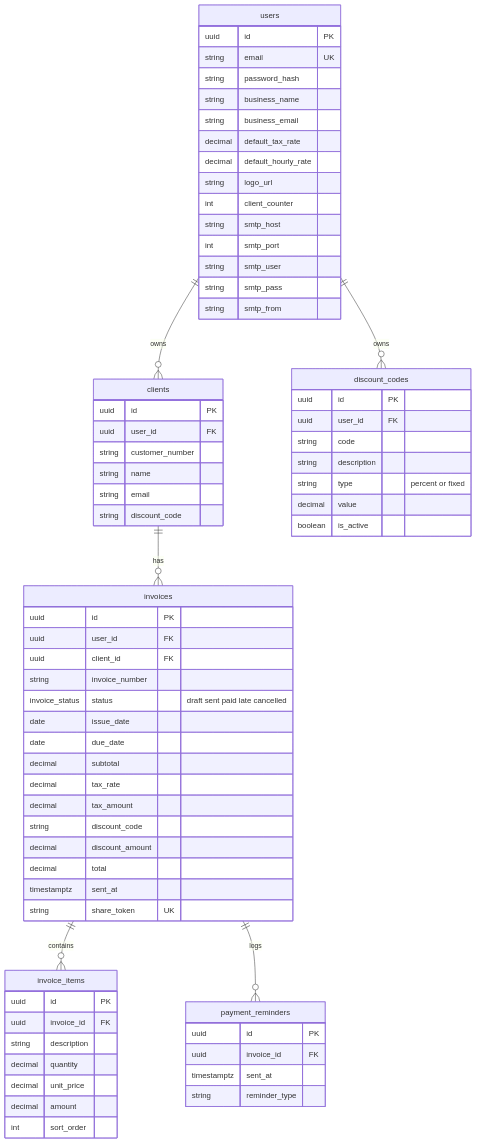
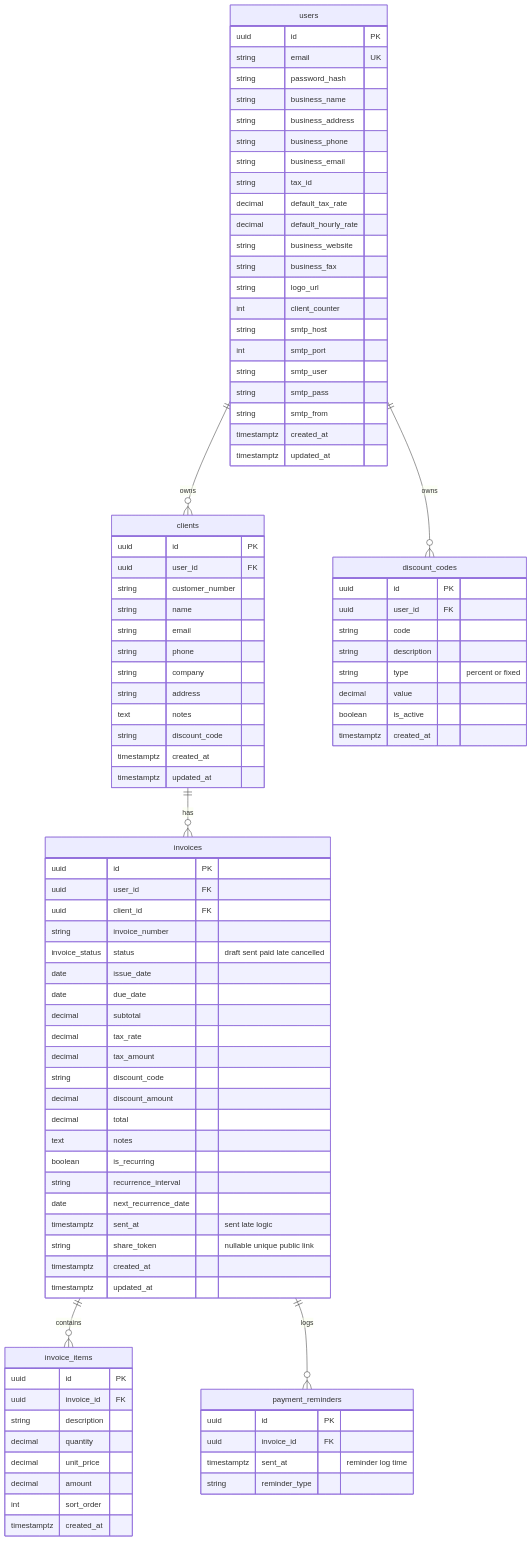
One commit to becomeonewiththecode/invoicing changed the diagram in docs/database/diagram.md. Above: the diagram before and after it, drawn with Mermaid. The commit also changed other lines of this file and 19 other files, not shown here.

First line of the commit message:
feat(layout): sign out in header; schema/docs/deployment updates

````diff
--- a/docs/database/diagram.md
+++ b/docs/database/diagram.md
@@ -13,9 +13,14 @@
     string email UK
     string password_hash
     string business_name
+    string business_address
+    string business_phone
     string business_email
+    string tax_id
     decimal default_tax_rate
     decimal default_hourly_rate
+    string business_website
+    string business_fax
     string logo_url
     int client_counter
     string smtp_host
@@ -23,6 +28,8 @@
     string smtp_user
     string smtp_pass
     string smtp_from
+    timestamptz created_at
+    timestamptz updated_at
   }
 
   clients {
@@ -31,7 +38,13 @@
     string customer_number
     string name
     string email
+    string phone
+    string company
+    string address
+    text notes
     string discount_code
+    timestamptz created_at
+    timestamptz updated_at
   }
 
   invoices {
@@ -48,8 +61,14 @@
     string discount_code
     decimal discount_amount
     decimal total
-    timestamptz sent_at
-    string share_token UK
+    text notes
+    boolean is_recurring
+    string recurrence_interval
+    date next_recurrence_date
+    timestamptz sent_at "sent late logic"
+    string share_token "nullable unique public link"
+    timestamptz created_at
+    timestamptz updated_at
   }
 
   invoice_items {
@@ -60,6 +79,7 @@
     decimal unit_price
     decimal amount
     int sort_order
+    timestamptz created_at
   }
 
   discount_codes {
@@ -70,12 +90,13 @@
     string type "percent or fixed"
     decimal value
     boolean is_active
+    timestamptz created_at
   }
 
   payment_reminders {
     uuid id PK
     uuid invoice_id FK
-    timestamptz sent_at
+    timestamptz sent_at "reminder log time"
     string reminder_type
   }
 ```
````
